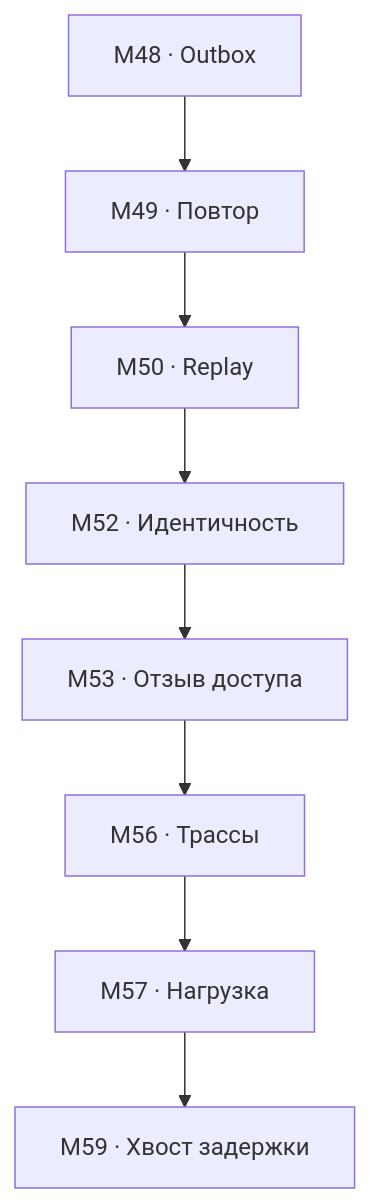
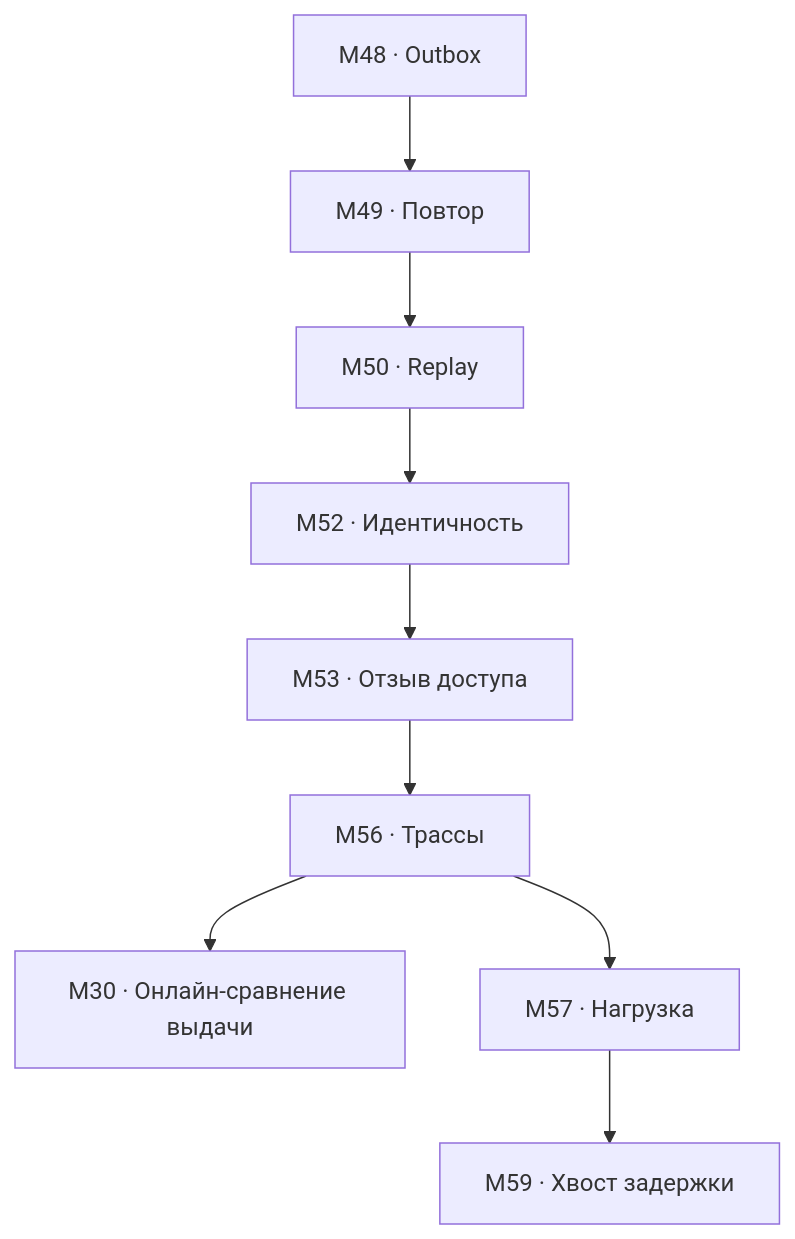
The diagram in production.md (620474/applied-ai-reading), drawn with Mermaid before and after one commit. The commit also changed other lines of this file and 6 other files, not shown here.

````diff
--- a/production.md
+++ b/production.md
@@ -5,10 +5,11 @@
 ```mermaid
 flowchart TD
 A["M48 · Outbox"] --> B["M49 · Повтор"]
 B --> C["M50 · Replay"]
 C --> D["M52 · Идентичность"]
 D --> E["M53 · Отзыв доступа"]
 E --> F["M56 · Трассы"]
+F --> I["M30 · Онлайн-сравнение выдачи"]
 F --> G["M57 · Нагрузка"]
 G --> H["M59 · Хвост задержки"]
 ```
````
